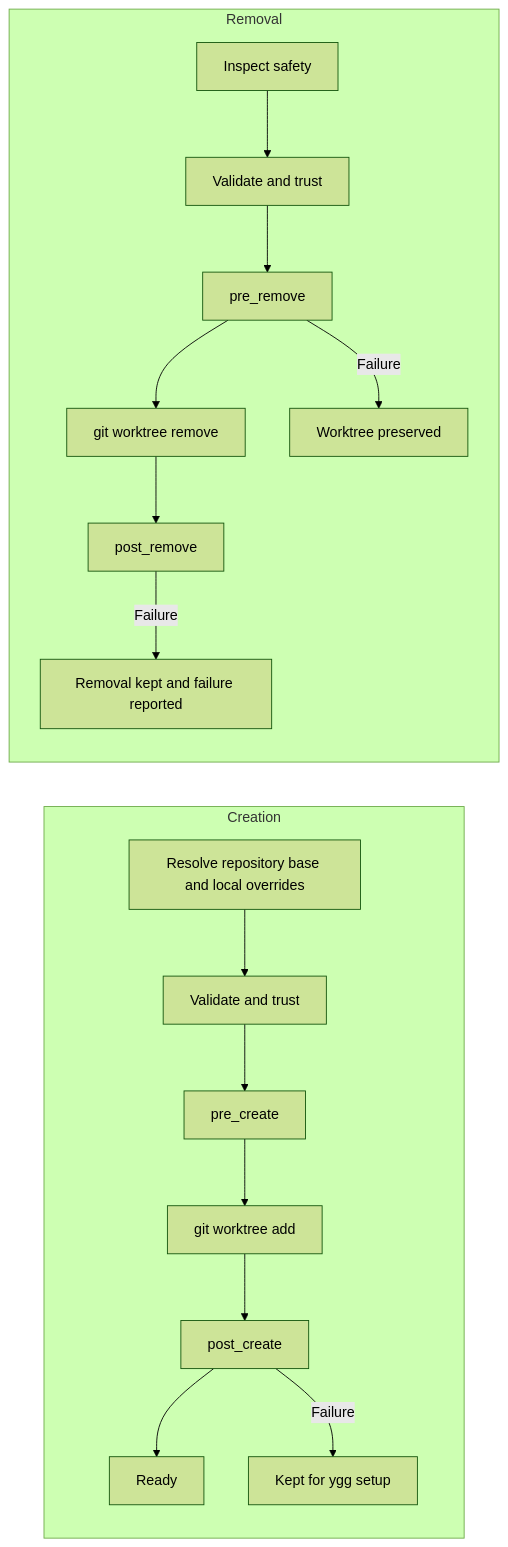
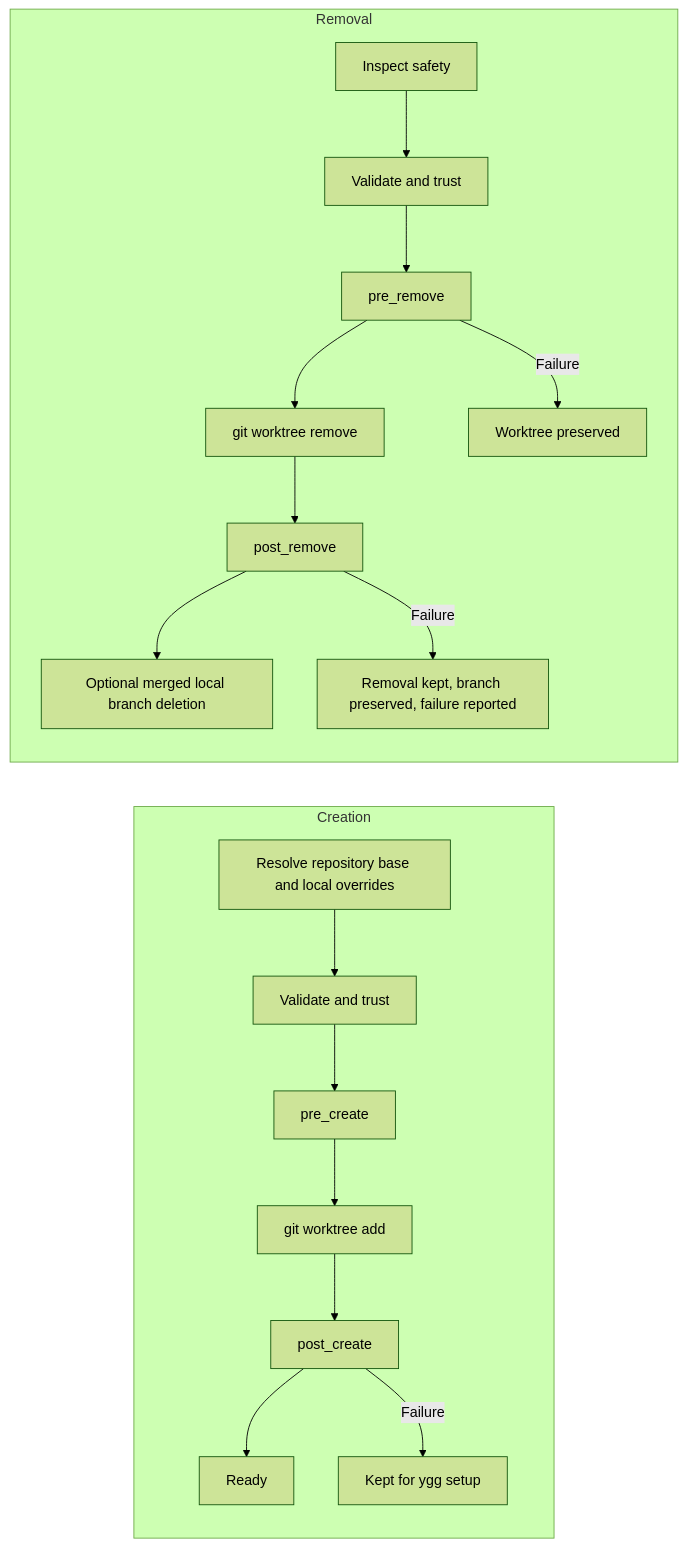
The diagram in docs/configuration.md (phillippbertram/wald-worktree), drawn with Mermaid (forest theme) before and after one commit. The commit also changed other lines of this file and 18 other files, not shown here.

````diff
--- a/docs/configuration.md
+++ b/docs/configuration.md
@@ -491,20 +491,21 @@
 ```mermaid
 flowchart LR
     subgraph Creation
       C1[Resolve repository base and local overrides] --> C2[Validate and trust]
       C2 --> C3[pre_create]
       C3 --> C4[git worktree add]
       C4 --> C5[post_create]
       C5 --> C6[Ready]
       C5 -- Failure --> C7[Kept for ygg setup]
     end
 
     subgraph Removal
       R1[Inspect safety] --> R2[Validate and trust]
       R2 --> R3[pre_remove]
       R3 --> R4[git worktree remove]
       R4 --> R5[post_remove]
+      R5 --> R8[Optional merged local branch deletion]
       R3 -- Failure --> R6[Worktree preserved]
-      R5 -- Failure --> R7[Removal kept and failure reported]
+      R5 -- Failure --> R7[Removal kept, branch preserved, failure reported]
     end
 ```
````
